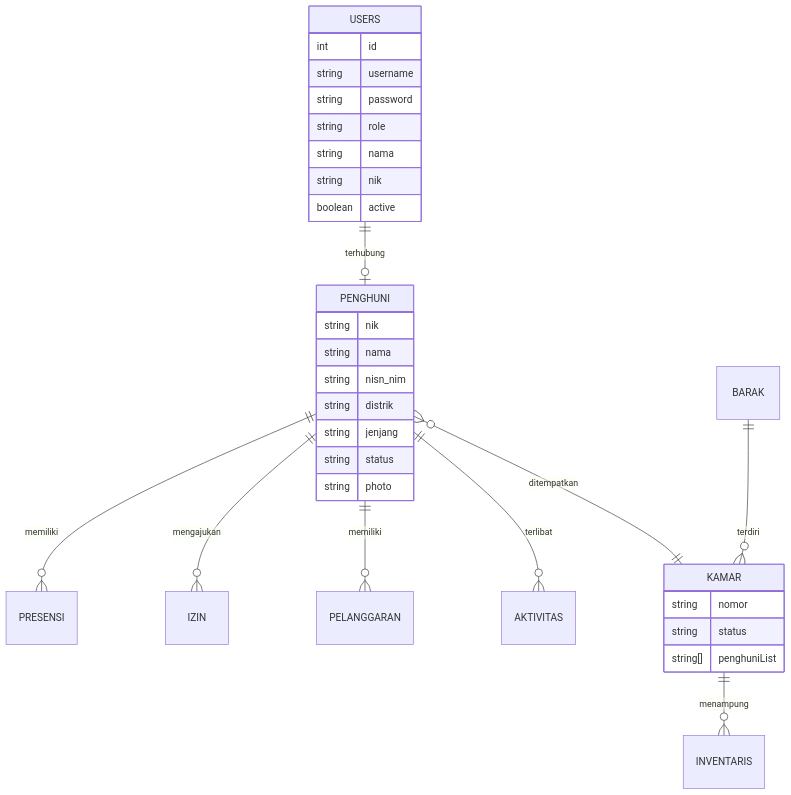
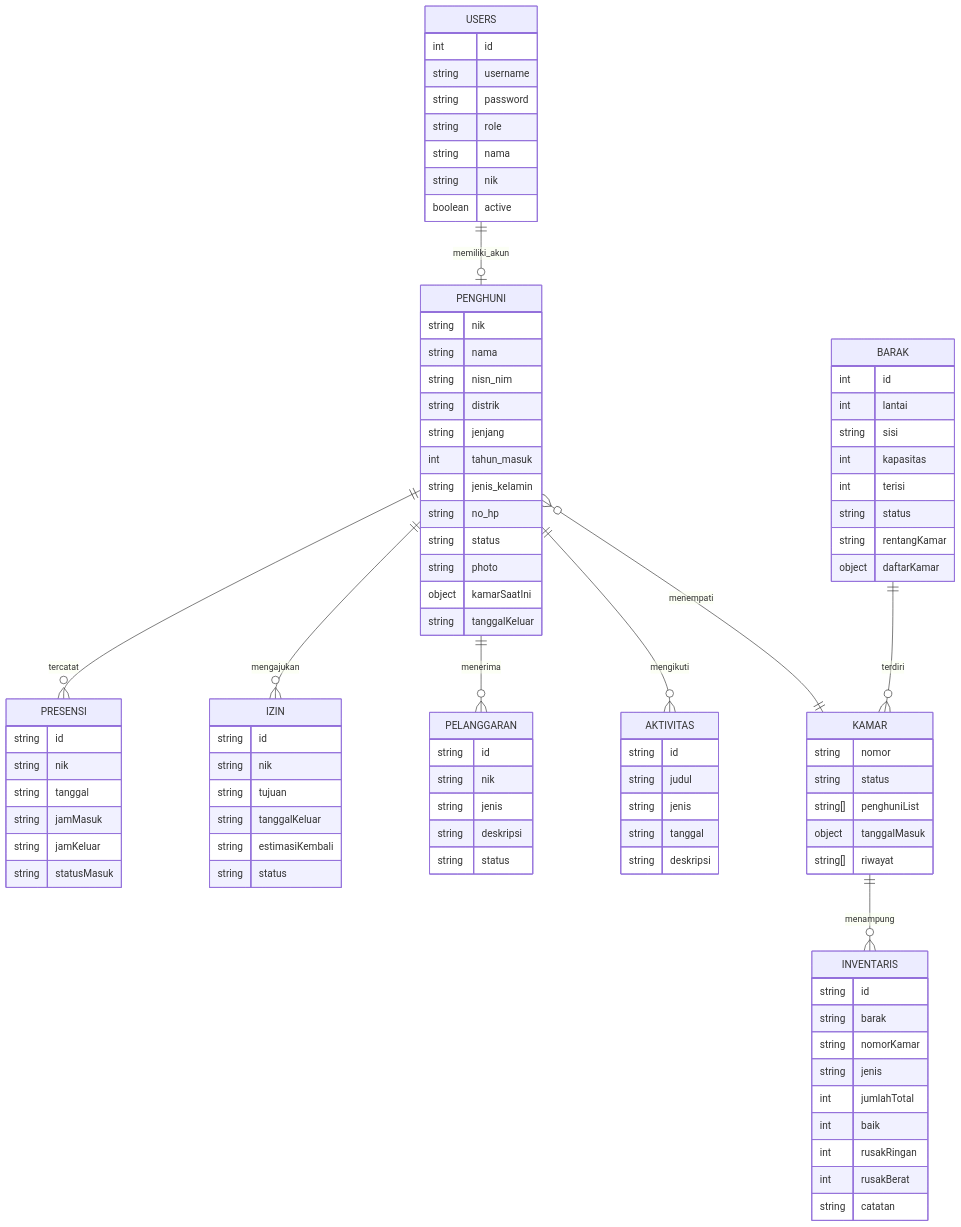
The third of 3 diagrams in README.md (ipo-rk/ASDEY-Monitoring), drawn with Mermaid before and after one commit. The commit also changed 1 other file, not shown here.

Commit message:
Perubahan 2

````diff
--- a/README.md
+++ b/README.md
@@ -63,11 +63,11 @@
 ```mermaid
 erDiagram
-    USERS ||--o| PENGHUNI : terhubung
-    PENGHUNI ||--o{ PRESENSI : memiliki
+    USERS ||--o| PENGHUNI : memiliki_akun
+    PENGHUNI ||--o{ PRESENSI : tercatat
     PENGHUNI ||--o{ IZIN : mengajukan
-    PENGHUNI ||--o{ PELANGGARAN : memiliki
-    PENGHUNI ||--o{ AKTIVITAS : terlibat
-    PENGHUNI }o--|| KAMAR : ditempatkan
+    PENGHUNI ||--o{ PELANGGARAN : menerima
+    PENGHUNI ||--o{ AKTIVITAS : mengikuti
+    PENGHUNI }o--|| KAMAR : menempati
     BARAK ||--o{ KAMAR : terdiri
     KAMAR ||--o{ INVENTARIS : menampung
 
@@ -87,13 +87,77 @@
         string nisn_nim
         string distrik
         string jenjang
+        int tahun_masuk
+        string jenis_kelamin
+        string no_hp
         string status
         string photo
+        object kamarSaatIni
+        string tanggalKeluar
+    }
+
+    BARAK {
+        int id
+        int lantai
+        string sisi
+        int kapasitas
+        int terisi
+        string status
+        string rentangKamar
+        object daftarKamar
     }
 
     KAMAR {
         string nomor
         string status
         string[] penghuniList
+        object tanggalMasuk
+        string[] riwayat
+    }
+
+    PRESENSI {
+        string id
+        string nik
+        string tanggal
+        string jamMasuk
+        string jamKeluar
+        string statusMasuk
+    }
+
+    IZIN {
+        string id
+        string nik
+        string tujuan
+        string tanggalKeluar
+        string estimasiKembali
+        string status
+    }
+
+    PELANGGARAN {
+        string id
+        string nik
+        string jenis
+        string deskripsi
+        string status
+    }
+
+    AKTIVITAS {
+        string id
+        string judul
+        string jenis
+        string tanggal
+        string deskripsi
+    }
+
+    INVENTARIS {
+        string id
+        string barak
+        string nomorKamar
+        string jenis
+        int jumlahTotal
+        int baik
+        int rusakRingan
+        int rusakBerat
+        string catatan
     }
 ```
````
